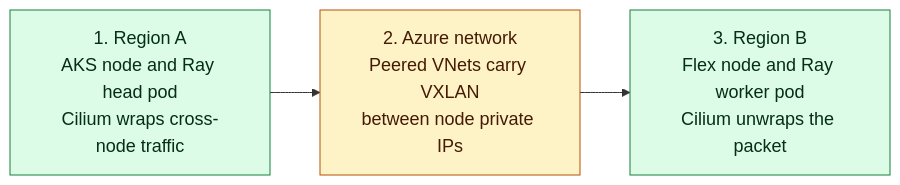
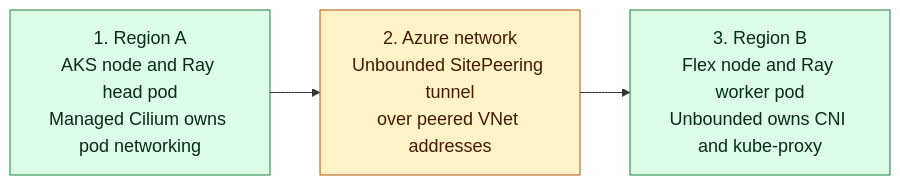
Before and after one commit to KenKilty/aks-flex-anyscale-lab: the diagram in docs/ai-workloads-on-aks/assets/architecture/02-flex-networking.mmd, drawn with Mermaid. The commit also changed 27 other files, not shown here.

Commit message:
Prove managed Cilium and Unbounded mixed CNI

```diff
--- a/docs/ai-workloads-on-aks/assets/architecture/02-flex-networking.mmd
+++ b/docs/ai-workloads-on-aks/assets/architecture/02-flex-networking.mmd
@@ -1,11 +1,11 @@
 flowchart LR
-  aks["1. Region A<br/>AKS node and Ray head pod<br/>Cilium wraps cross-node traffic"]
-  network["2. Azure network<br/>Peered VNets carry VXLAN<br/>between node private IPs"]
-  flex["3. Region B<br/>Flex node and Ray worker pod<br/>Cilium unwraps the packet"]
+  aks["1. Region A<br/>AKS node and Ray head pod<br/>Managed Cilium owns pod networking"]
+  network["2. Azure network<br/>Unbounded SitePeering tunnel<br/>over peered VNet addresses"]
+  flex["3. Region B<br/>Flex node and Ray worker pod<br/>Unbounded owns CNI and kube-proxy"]
 
   aks --> network --> flex
 
   classDef endpoint fill:#dcfce7,stroke:#15803d,color:#052e16,font-size:18px
   classDef network fill:#fef3c7,stroke:#b45309,color:#451a03,font-size:18px
   class aks,flex endpoint
   class network network
```
